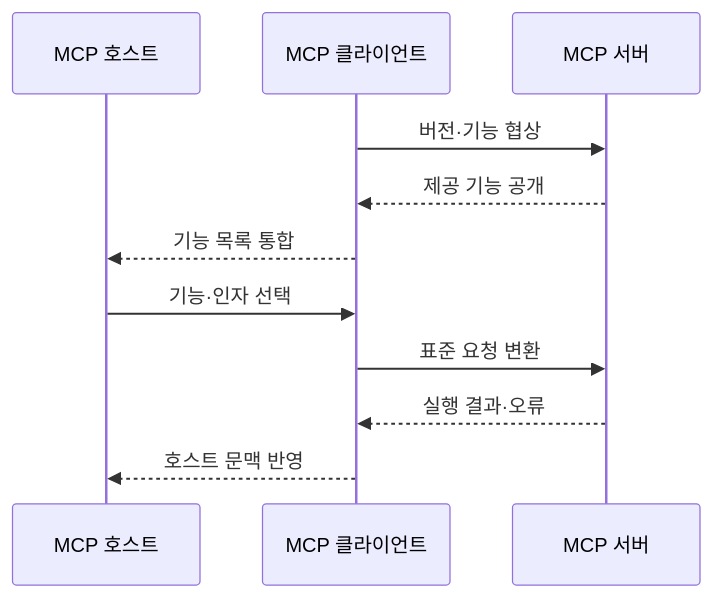
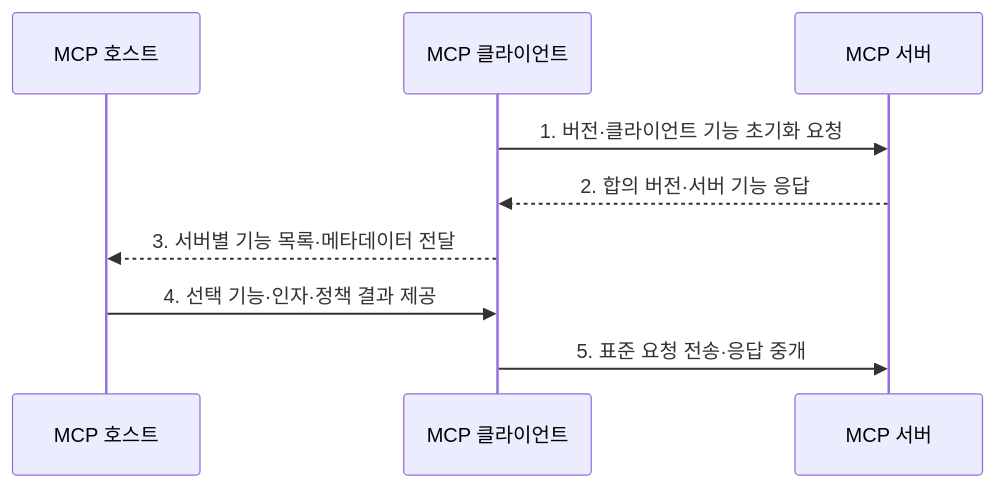
Before and after one commit to agnusdei1207/knowledge-base: the second of 2 diagrams in src/content/docs/notes/08-latest-tech/008_mcp_client.md, drawn with Mermaid. The commit also changed other lines of this file and 9 other files, not shown here.

````diff
--- a/src/content/docs/notes/08-latest-tech/008_mcp_client.md
+++ b/src/content/docs/notes/08-latest-tech/008_mcp_client.md
@@ -85,13 +74,11 @@
 ```mermaid
 sequenceDiagram
     participant H as MCP 호스트
     participant C as MCP 클라이언트
     participant S as MCP 서버
-    C->>S: 버전·기능 협상
-    S-->>C: 제공 기능 공개
-    C-->>H: 기능 목록 통합
-    H->>C: 기능·인자 선택
-    C->>S: 표준 요청 변환
-    S-->>C: 실행 결과·오류
-    C-->>H: 호스트 문맥 반영
+    C->>S: 1. 버전·클라이언트 기능 초기화 요청
+    S-->>C: 2. 합의 버전·서버 기능 응답
+    C-->>H: 3. 서버별 기능 목록·메타데이터 전달
+    H->>C: 4. 선택 기능·인자·정책 결과 제공
+    C->>S: 5. 표준 요청 전송·응답 중개
 ```
````
